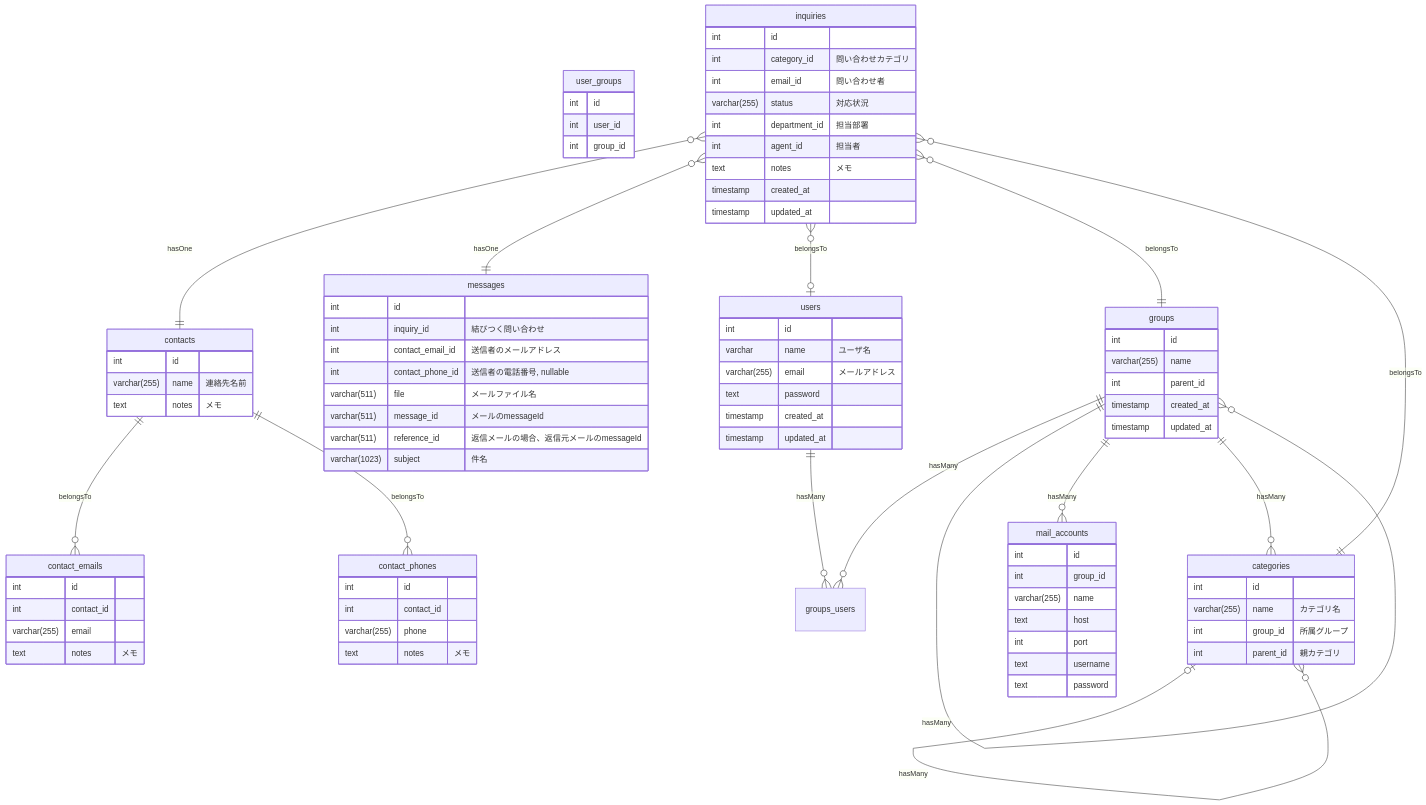
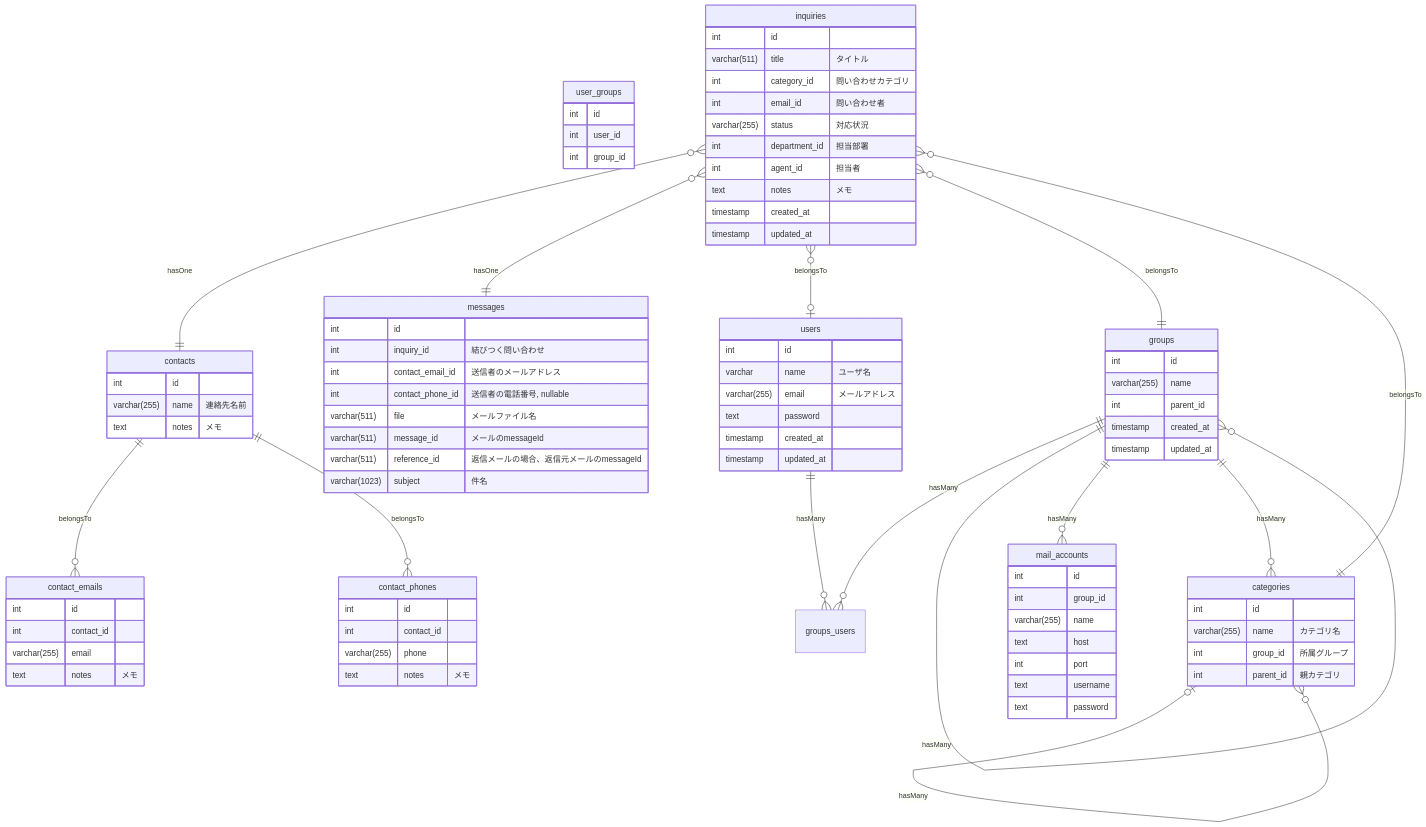
One commit to nominalrune/Cumas changed the first of 9 diagrams in README.md. Above: the diagram before and after it, drawn with Mermaid. The commit also changed other lines of this file and 31 other files, not shown here.

```diff
--- a/README.md
+++ b/README.md
@@ -63,6 +63,7 @@
 	}
 	inquiries {
 		int id
+		varchar(511) title "タイトル"
 		int category_id "問い合わせカテゴリ"
 		int email_id "問い合わせ者"
 		varchar(255) status "対応状況"
```
